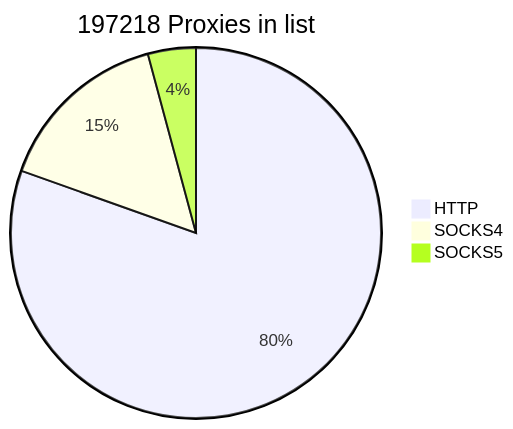
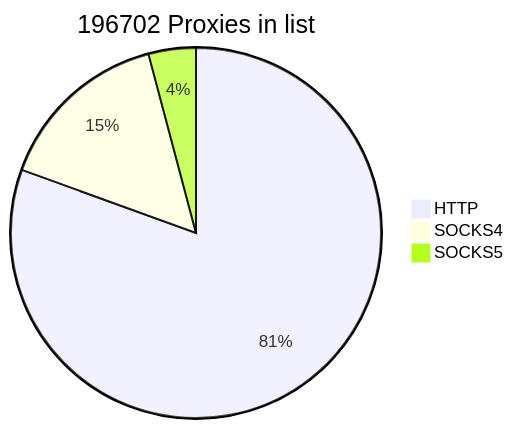
Before and after one commit to cutipu/proxylist: the first of 2 diagrams in README.md, drawn with Mermaid. The commit also changed other lines of this file, not shown here.

````diff
--- a/README.md
+++ b/README.md
@@ -2,7 +2,7 @@
 ```mermaid
-pie title 197218 Proxies in list
-    "HTTP" : 158656
-    "SOCKS4" : 30312
-    "SOCKS5" : 8250
+pie title 196702 Proxies in list
+    "HTTP" : 158417
+    "SOCKS4" : 30160
+    "SOCKS5" : 8125
             
 ```
````
